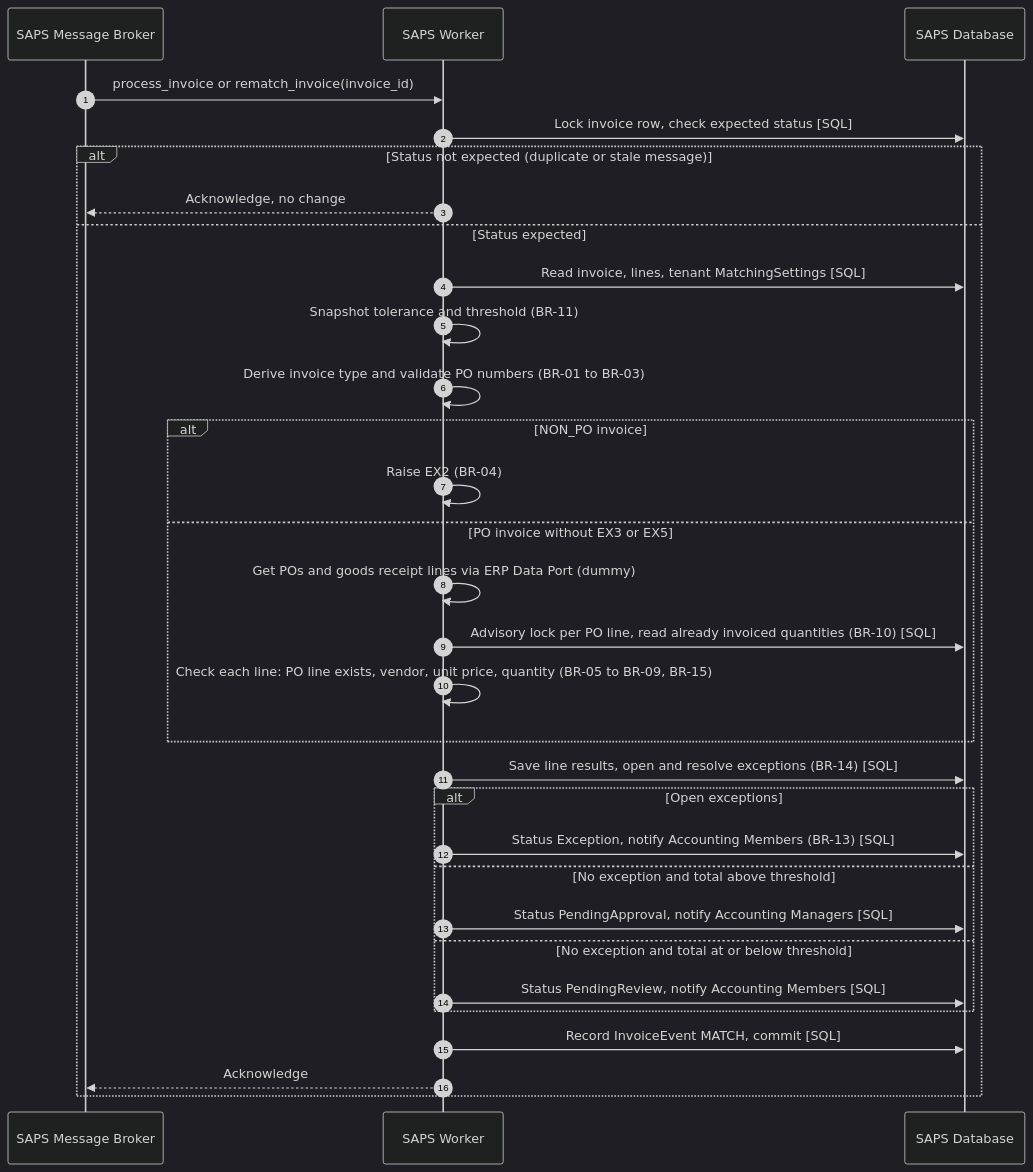
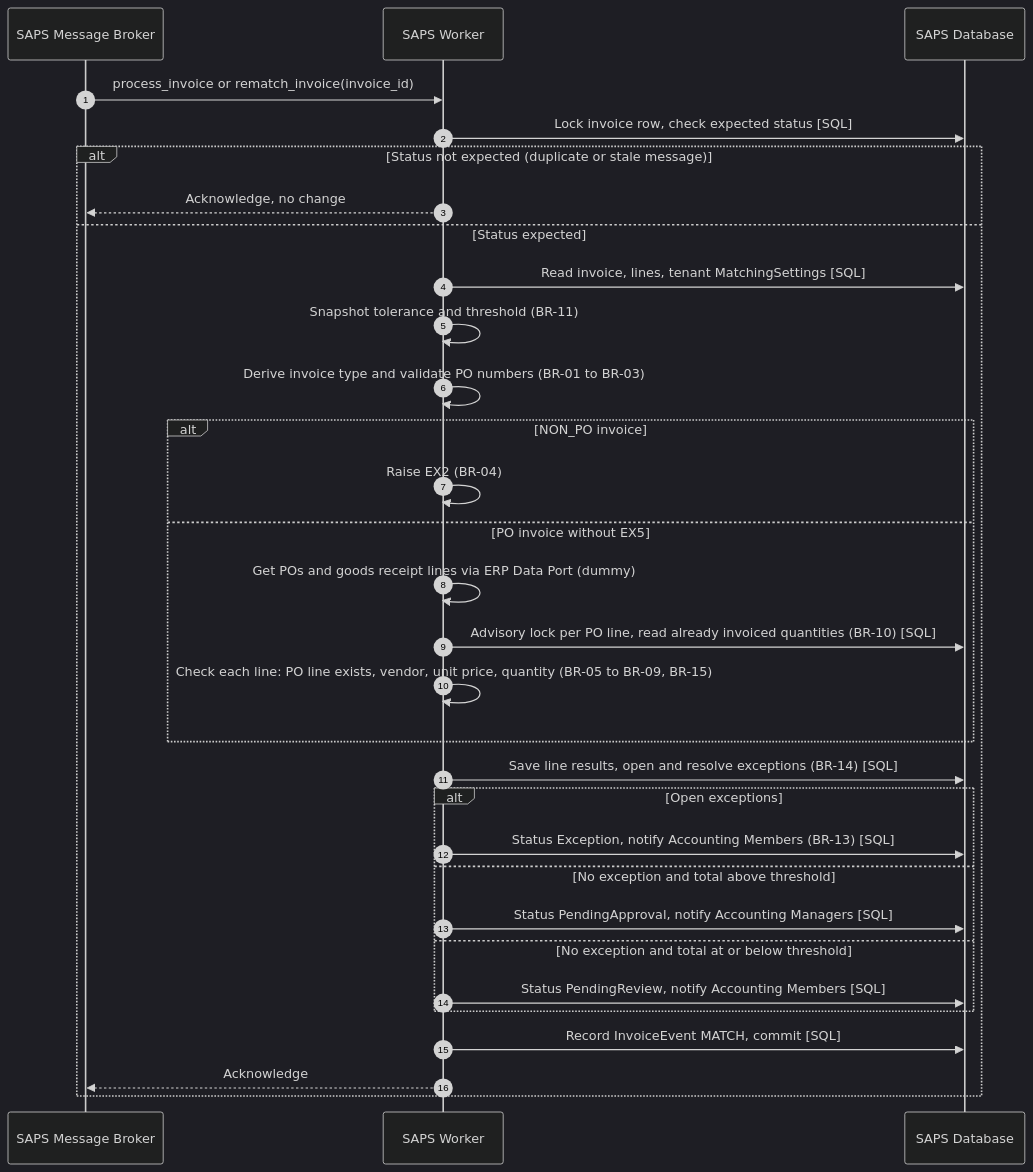
The first of 2 diagrams in docs/03-features/SAPS-19-invoice-matching.md (jiri-nguyen/SAPS), drawn with Mermaid (dark theme) before and after one commit. The commit also changed other lines of this file, not shown here.

````diff
--- a/docs/03-features/SAPS-19-invoice-matching.md
+++ b/docs/03-features/SAPS-19-invoice-matching.md
@@ -73,34 +73,34 @@
 ```mermaid
 sequenceDiagram
     autonumber
     participant MQ as SAPS Message Broker
     participant Worker as SAPS Worker
     participant DB as SAPS Database
 
     MQ->>Worker: process_invoice or rematch_invoice(invoice_id)
     Worker->>DB: Lock invoice row, check expected status [SQL]
     alt Status not expected (duplicate or stale message)
         Worker-->>MQ: Acknowledge, no change
     else Status expected
         Worker->>DB: Read invoice, lines, tenant MatchingSettings [SQL]
         Worker->>Worker: Snapshot tolerance and threshold (BR-11)
         Worker->>Worker: Derive invoice type and validate PO numbers (BR-01 to BR-03)
         alt NON_PO invoice
             Worker->>Worker: Raise EX2 (BR-04)
-        else PO invoice without EX3 or EX5
+        else PO invoice without EX5
             Worker->>Worker: Get POs and goods receipt lines via ERP Data Port (dummy)
             Worker->>DB: Advisory lock per PO line, read already invoiced quantities (BR-10) [SQL]
             Worker->>Worker: Check each line: PO line exists, vendor, unit price, quantity (BR-05 to BR-09, BR-15)
         end
         Worker->>DB: Save line results, open and resolve exceptions (BR-14) [SQL]
         alt Open exceptions
             Worker->>DB: Status Exception, notify Accounting Members (BR-13) [SQL]
         else No exception and total above threshold
             Worker->>DB: Status PendingApproval, notify Accounting Managers [SQL]
         else No exception and total at or below threshold
             Worker->>DB: Status PendingReview, notify Accounting Members [SQL]
         end
         Worker->>DB: Record InvoiceEvent MATCH, commit [SQL]
         Worker-->>MQ: Acknowledge
     end
 ```
````
